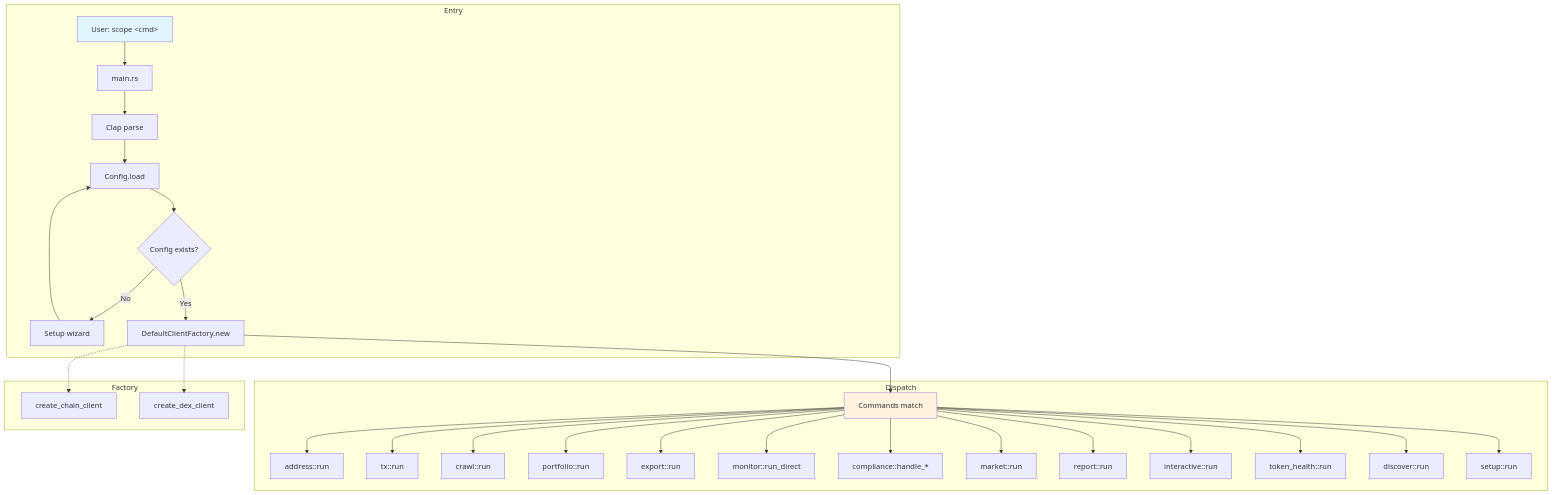
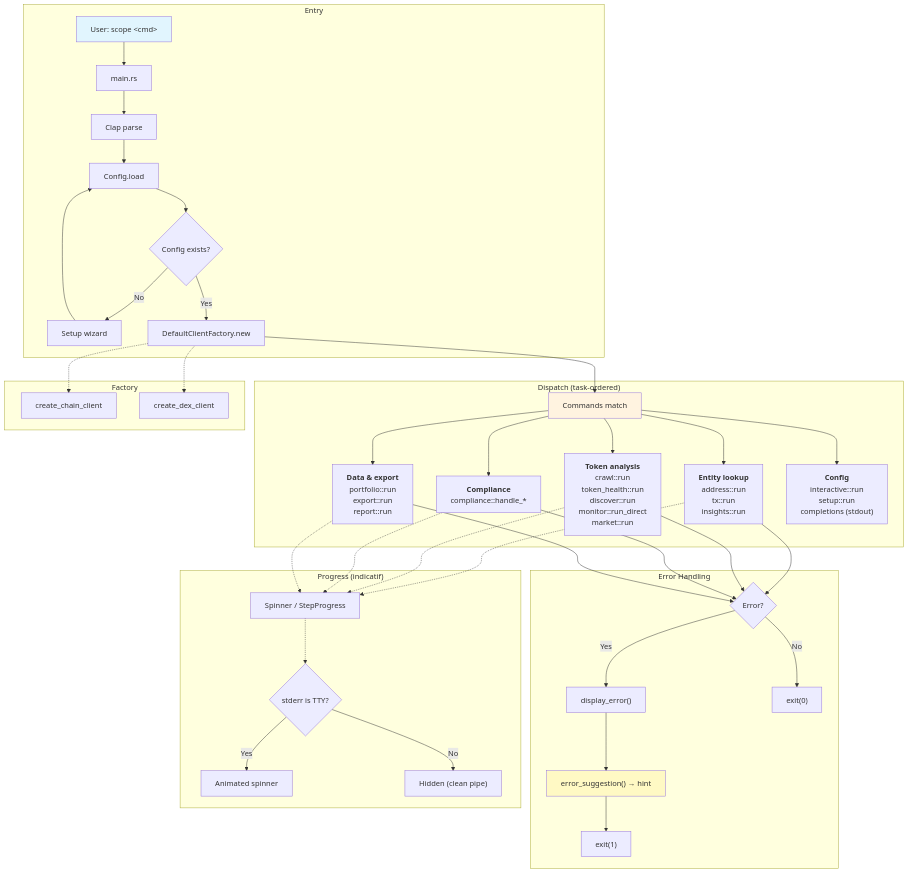
The diagram in docs/architecture/dataflow-main.md (robot-accomplice/scope-blockchain-analysis), drawn with Mermaid before and after one commit. The commit also changed other lines of this file and 49 other files, not shown here.

````diff
--- a/docs/architecture/dataflow-main.md
+++ b/docs/architecture/dataflow-main.md
@@ -5,37 +5,49 @@
 ```mermaid
 flowchart TB
     subgraph Entry
         A[User: scope &lt;cmd&gt;] --> B[main.rs]
         B --> C[Clap parse]
         C --> D[Config.load]
         D --> E{Config exists?}
         E -->|No| F[Setup wizard]
         F --> D
         E -->|Yes| G[DefaultClientFactory.new]
     end
 
-    subgraph Dispatch
+    subgraph "Dispatch (task-ordered)"
         G --> H[Commands match]
-        H --> I1[address::run]
-        H --> I2[tx::run]
-        H --> I3[crawl::run]
-        H --> I4[portfolio::run]
-        H --> I5[export::run]
-        H --> I6[monitor::run_direct]
-        H --> I7[compliance::handle_*]
-        H --> I8[market::run]
-        H --> I9[report::run]
-        H --> I10[interactive::run]
-        H --> I11[token_health::run]
-        H --> I12[discover::run]
-        H --> I13[setup::run]
+
+        H --> I1["<b>Entity lookup</b><br/>address::run<br/>tx::run<br/>insights::run"]
+        H --> I2["<b>Token analysis</b><br/>crawl::run<br/>token_health::run<br/>discover::run<br/>monitor::run_direct<br/>market::run"]
+        H --> I3["<b>Compliance</b><br/>compliance::handle_*"]
+        H --> I4["<b>Data &amp; export</b><br/>portfolio::run<br/>export::run<br/>report::run"]
+        H --> I5["<b>Config</b><br/>interactive::run<br/>setup::run<br/>completions (stdout)"]
+    end
+
+    subgraph "Error Handling"
+        I1 & I2 & I3 & I4 --> ERR{Error?}
+        ERR -->|Yes| DISP["display_error()"]
+        DISP --> HINT["error_suggestion() → hint"]
+        HINT --> EXIT["exit(1)"]
+        ERR -->|No| OK["exit(0)"]
+    end
+
+    subgraph "Progress (indicatif)"
+        I1 -.-> SP["Spinner / StepProgress"]
+        I2 -.-> SP
+        I3 -.-> SP
+        I4 -.-> SP
+        SP -.-> TTY{"stderr is TTY?"}
+        TTY -->|Yes| ANIM[Animated spinner]
+        TTY -->|No| HIDDEN["Hidden (clean pipe)"]
     end
 
     subgraph Factory
         G -.-> J[create_chain_client]
         G -.-> K[create_dex_client]
     end
 
     style A fill:#e1f5fe
     style H fill:#fff3e0
+    style HINT fill:#fff9c4
 ```
````
